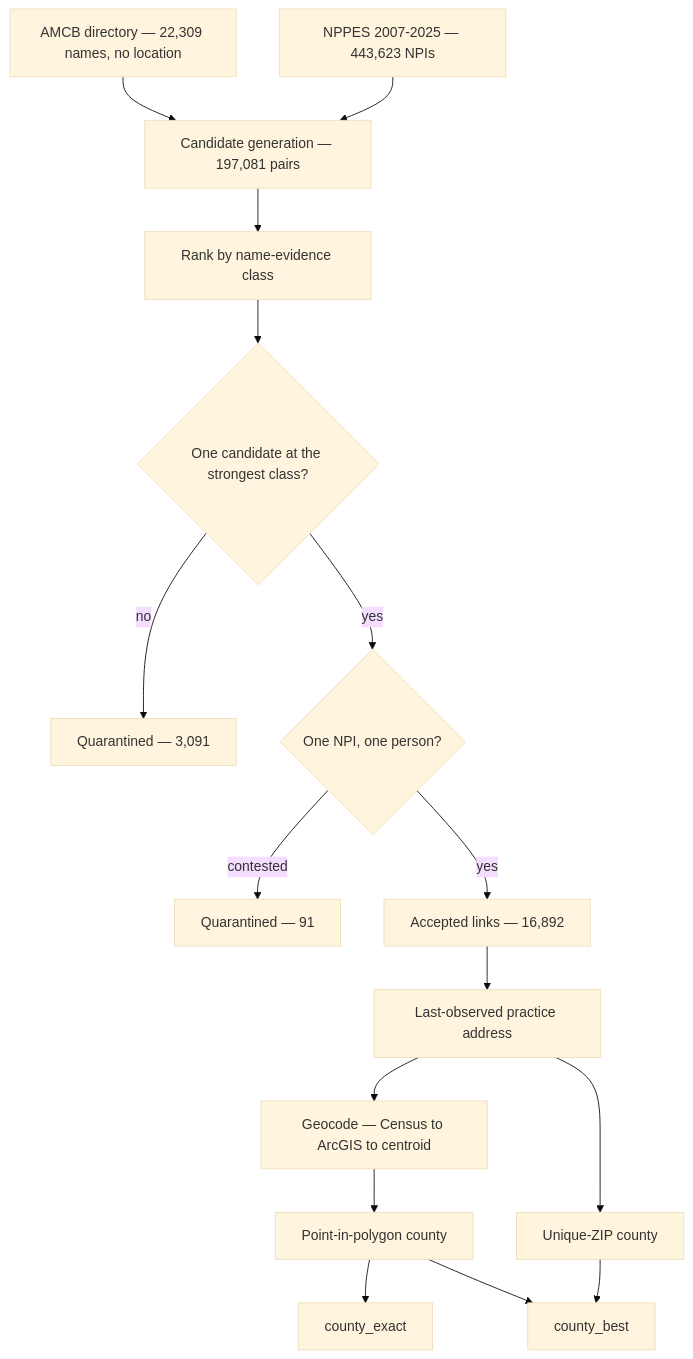
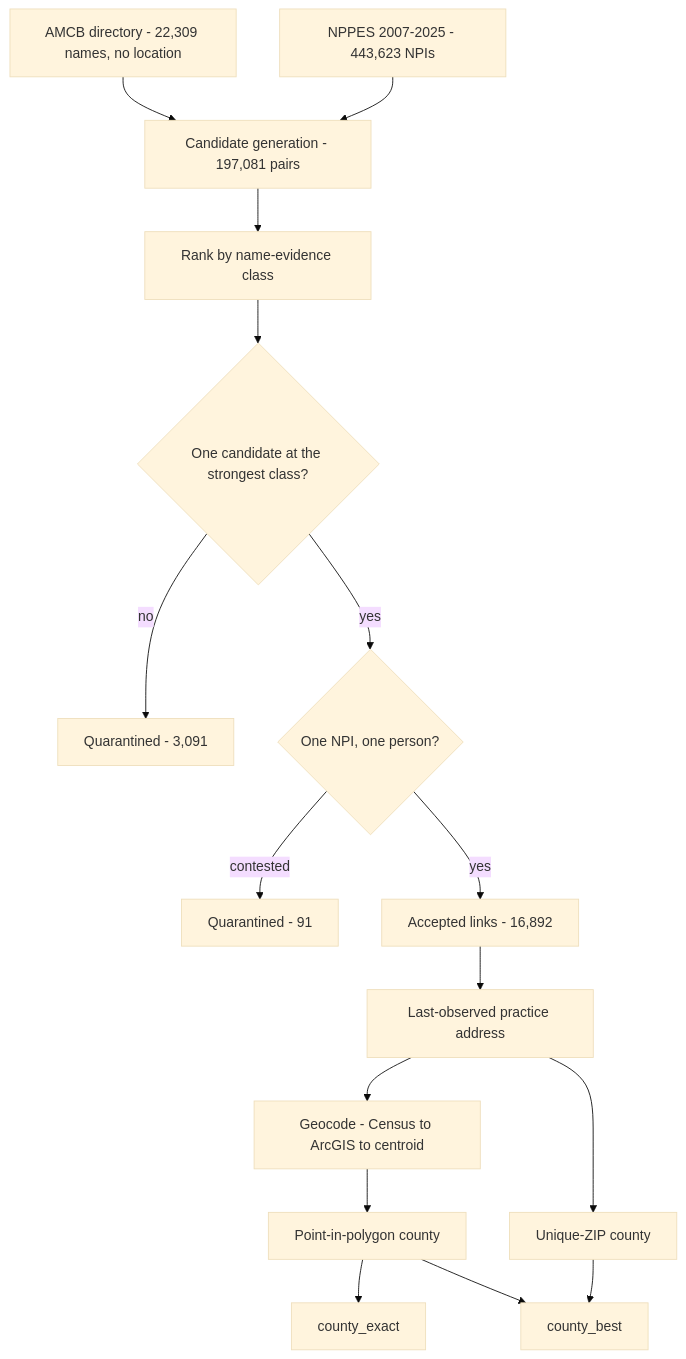
One commit to mufflyt/midwifery changed the second of 4 diagrams in README.md. Above: the diagram before and after it, drawn with Mermaid (base theme). The commit also changed other lines of this file, not shown here.

First line of the commit message:
Normalise characters in the README mermaid labels

````diff
--- a/README.md
+++ b/README.md
@@ -59,18 +59,18 @@
 ```mermaid
 flowchart TD
-  A["AMCB directory — 22,309 names, no location"] --> B["Candidate generation — 197,081 pairs"]
-  P["NPPES 2007-2025 — 443,623 NPIs"] --> B
+  A["AMCB directory - 22,309 names, no location"] --> B["Candidate generation - 197,081 pairs"]
+  P["NPPES 2007-2025 - 443,623 NPIs"] --> B
   B --> C["Rank by name-evidence class"]
   C --> D{"One candidate at the strongest class?"}
-  D -->|no| Q["Quarantined — 3,091"]
+  D -->|no| Q["Quarantined - 3,091"]
   D -->|yes| E{"One NPI, one person?"}
-  E -->|contested| Q2["Quarantined — 91"]
-  E -->|yes| F["Accepted links — 16,892"]
+  E -->|contested| Q2["Quarantined - 91"]
+  E -->|yes| F["Accepted links - 16,892"]
   F --> G["Last-observed practice address"]
-  G --> H["Geocode — Census to ArcGIS to centroid"]
+  G --> H["Geocode - Census to ArcGIS to centroid"]
   G --> J["Unique-ZIP county"]
   H --> I["Point-in-polygon county"]
   I --> K["county_exact"]
   I --> L["county_best"]
   J --> L
 ```
````
